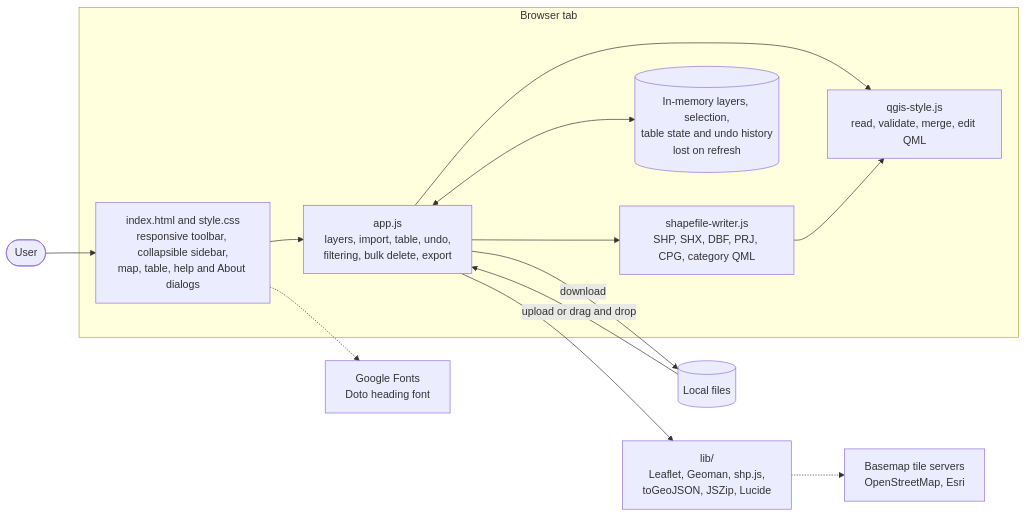
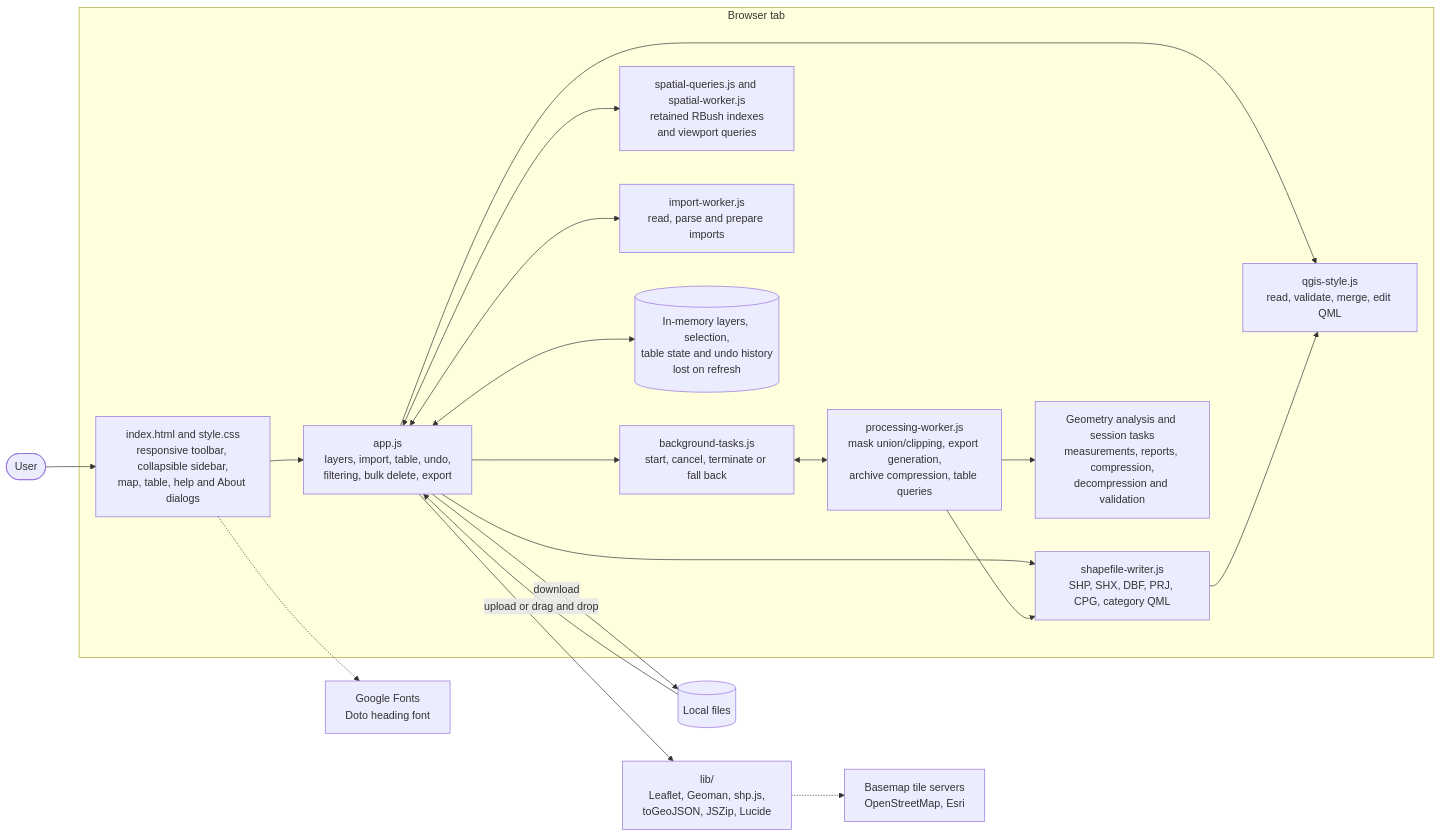
Before and after one commit to telstra-joseph/geoeditor: the first of 10 diagrams in FLOWCHART.md, drawn with Mermaid. The commit also changed other lines of this file and 25 other files, not shown here.

````diff
--- a/FLOWCHART.md
+++ b/FLOWCHART.md
@@ -13,29 +13,40 @@
 ```mermaid
 flowchart LR
     User(["User"])
 
     subgraph Browser["Browser tab"]
         UI["index.html and style.css<br/>responsive toolbar, collapsible sidebar,<br/>map, table, help and About dialogs"]
         App["app.js<br/>layers, import, table, undo,<br/>filtering, bulk delete, export"]
         Writer["shapefile-writer.js<br/>SHP, SHX, DBF, PRJ, CPG, category QML"]
         Style["qgis-style.js<br/>read, validate, merge, edit QML"]
+        Tasks["background-tasks.js<br/>start, cancel, terminate or fall back"]
+        Processing["processing-worker.js<br/>mask union/clipping, export generation,<br/>archive compression, table queries"]
+        AnalysisSession["Geometry analysis and session tasks<br/>measurements, reports, compression,<br/>decompression and validation"]
+        Spatial["spatial-queries.js and spatial-worker.js<br/>retained RBush indexes<br/>and viewport queries"]
+        ImportWorker["import-worker.js<br/>read, parse and prepare imports"]
         State[("In-memory layers, selection,<br/>table state and undo history<br/>lost on refresh")]
     end
 
     Libs["lib/<br/>Leaflet, Geoman, shp.js,<br/>toGeoJSON, JSZip, Lucide"]
     Tiles["Basemap tile servers<br/>OpenStreetMap, Esri"]
     Fonts["Google Fonts<br/>Doto heading font"]
     Files[("Local files")]
 
     User --> UI
     UI --> App
     App <--> State
     App --> Writer
     App --> Style
+    App --> Tasks
+    Tasks <--> Processing
+    Processing --> AnalysisSession
+    App <--> Spatial
+    App <--> ImportWorker
+    Processing --> Writer
     Writer --> Style
     App --> Libs
     Libs -.-> Tiles
     UI -.-> Fonts
     Files -->|"upload or drag and drop"| App
     App -->|"download"| Files
 ```
````
